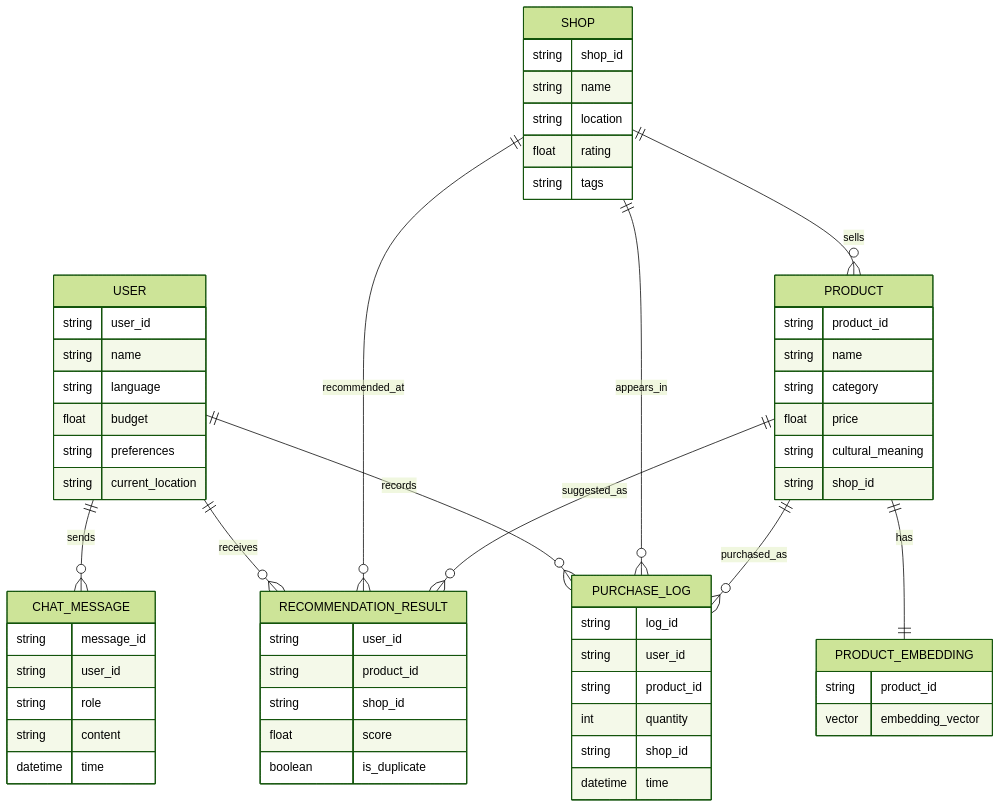
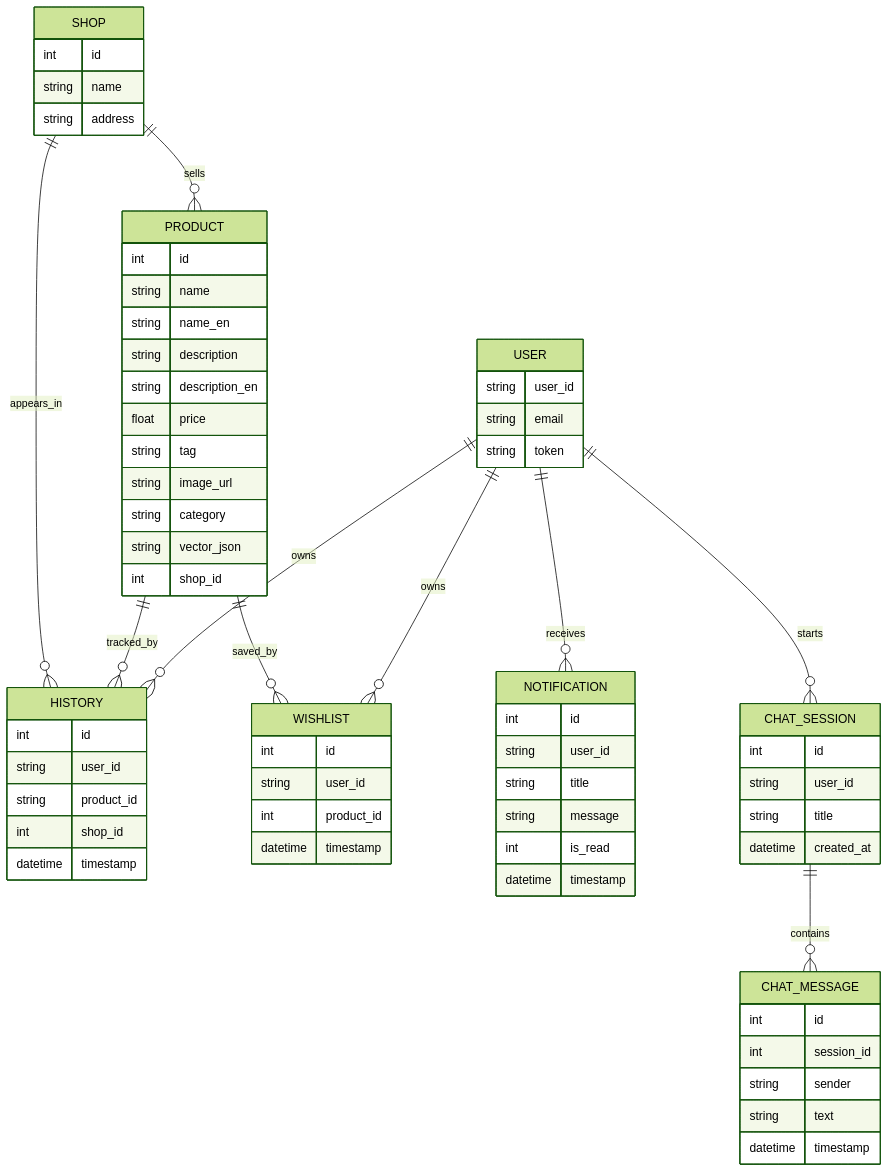
Before and after one commit to KhangDinh610/Smart-Travel-System-Project: the second of 8 diagrams in task_doc/Viet_representation.md, drawn with Mermaid (forest theme). The commit also changed other lines of this file, not shown here.

Commit message:
Complete Viet_representation.md based on project graph report

````diff
--- a/task_doc/Viet_representation.md
+++ b/task_doc/Viet_representation.md
@@ -125,70 +164,77 @@
 ```mermaid
 erDiagram
-    USER ||--o{ PURCHASE_LOG : records
-    USER ||--o{ CHAT_MESSAGE : sends
-    USER ||--o{ RECOMMENDATION_RESULT : receives
-
     SHOP ||--o{ PRODUCT : sells
-    SHOP ||--o{ PURCHASE_LOG : appears_in
-    SHOP ||--o{ RECOMMENDATION_RESULT : recommended_at
-
-    PRODUCT ||--o{ PURCHASE_LOG : purchased_as
-    PRODUCT ||--|| PRODUCT_EMBEDDING : has
-    PRODUCT ||--o{ RECOMMENDATION_RESULT : suggested_as
+    SHOP ||--o{ HISTORY : appears_in
+    PRODUCT ||--o{ HISTORY : tracked_by
+    PRODUCT ||--o{ WISHLIST : saved_by
+    USER ||--o{ HISTORY : owns
+    USER ||--o{ WISHLIST : owns
+    USER ||--o{ NOTIFICATION : receives
+    USER ||--o{ CHAT_SESSION : starts
+    CHAT_SESSION ||--o{ CHAT_MESSAGE : contains
 
     USER {
         string user_id
-        string name
-        string language
-        float budget
-        string preferences
-        string current_location
+        string email
+        string token
     }
 
     SHOP {
-        string shop_id
+        int id
         string name
-        string location
-        float rating
-        string tags
+        string address
     }
 
     PRODUCT {
-        string product_id
+        int id
         string name
+        string name_en
+        string description
+        string description_en
+        float price
+        string tag
+        string image_url
         string category
-        float price
-        string cultural_meaning
-        string shop_id
+        string vector_json
+        int shop_id
     }
 
-    PRODUCT_EMBEDDING {
+    HISTORY {
+        int id
+        string user_id
         string product_id
-        vector embedding_vector
+        int shop_id
+        datetime timestamp
     }
 
-    PURCHASE_LOG {
-        string log_id
+    WISHLIST {
+        int id
         string user_id
-        string product_id
-        int quantity
-        string shop_id
-        datetime time
+        int product_id
+        datetime timestamp
+    }
+
+    NOTIFICATION {
+        int id
+        string user_id
+        string title
+        string message
+        int is_read
+        datetime timestamp
+    }
+
+    CHAT_SESSION {
+        int id
+        string user_id
+        string title
+        datetime created_at
     }
 
     CHAT_MESSAGE {
-        string message_id
-        string user_id
-        string role
-        string content
-        datetime time
-    }
-
-    RECOMMENDATION_RESULT {
-        string user_id
-        string product_id
-        string shop_id
-        float score
-        boolean is_duplicate
+        int id
+        int session_id
+        string sender
+        string text
+        datetime timestamp
     }
 ```
````
